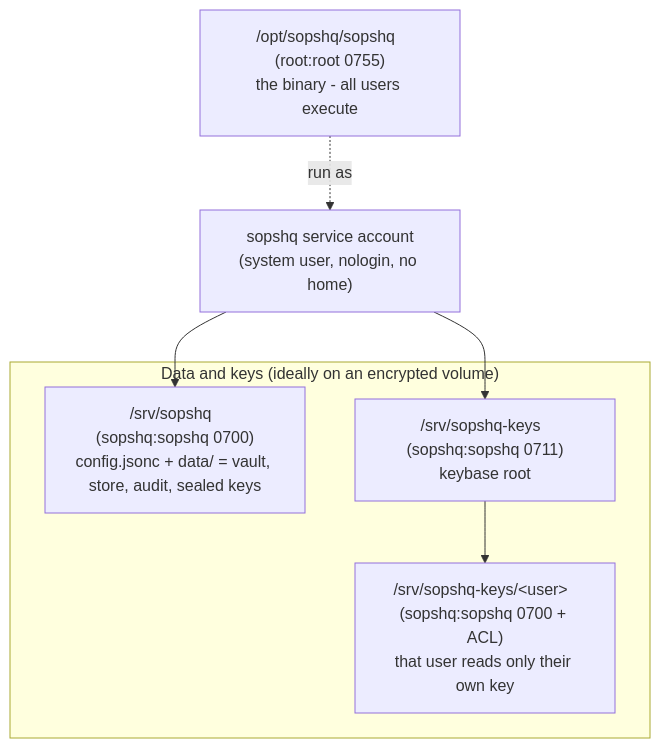
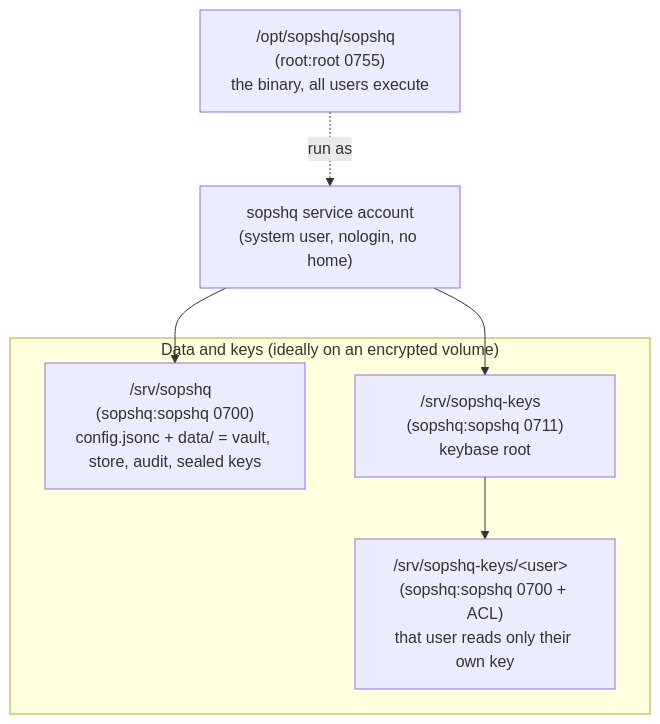
One commit to DavidTimar1/SopsHQ changed the first of 3 diagrams in docs/deployment.md. Above: the diagram before and after it, drawn with Mermaid. The commit also changed other lines of this file and 35 other files, not shown here.

````diff
--- a/docs/deployment.md
+++ b/docs/deployment.md
@@ -97,14 +99,14 @@
 ```mermaid
 flowchart TB
   subgraph FS["Data and keys (ideally on an encrypted volume)"]
     DATA["/srv/sopshq  (sopshq:sopshq 0700)\nconfig.jsonc + data/ = vault, store, audit, sealed keys"]
     KB["/srv/sopshq-keys  (sopshq:sopshq 0711)\nkeybase root"]
     KBU["/srv/sopshq-keys/&lt;user&gt;  (sopshq:sopshq 0700 + ACL)\nthat user reads only their own key"]
     KB --> KBU
   end
-  BIN["/opt/sopshq/sopshq  (root:root 0755)\nthe binary - all users execute"]
+  BIN["/opt/sopshq/sopshq  (root:root 0755)\nthe binary, all users execute"]
   SVC["sopshq service account\n(system user, nologin, no home)"]
   BIN -. "run as" .-> SVC
   SVC --> DATA
   SVC --> KB
 ```
````
